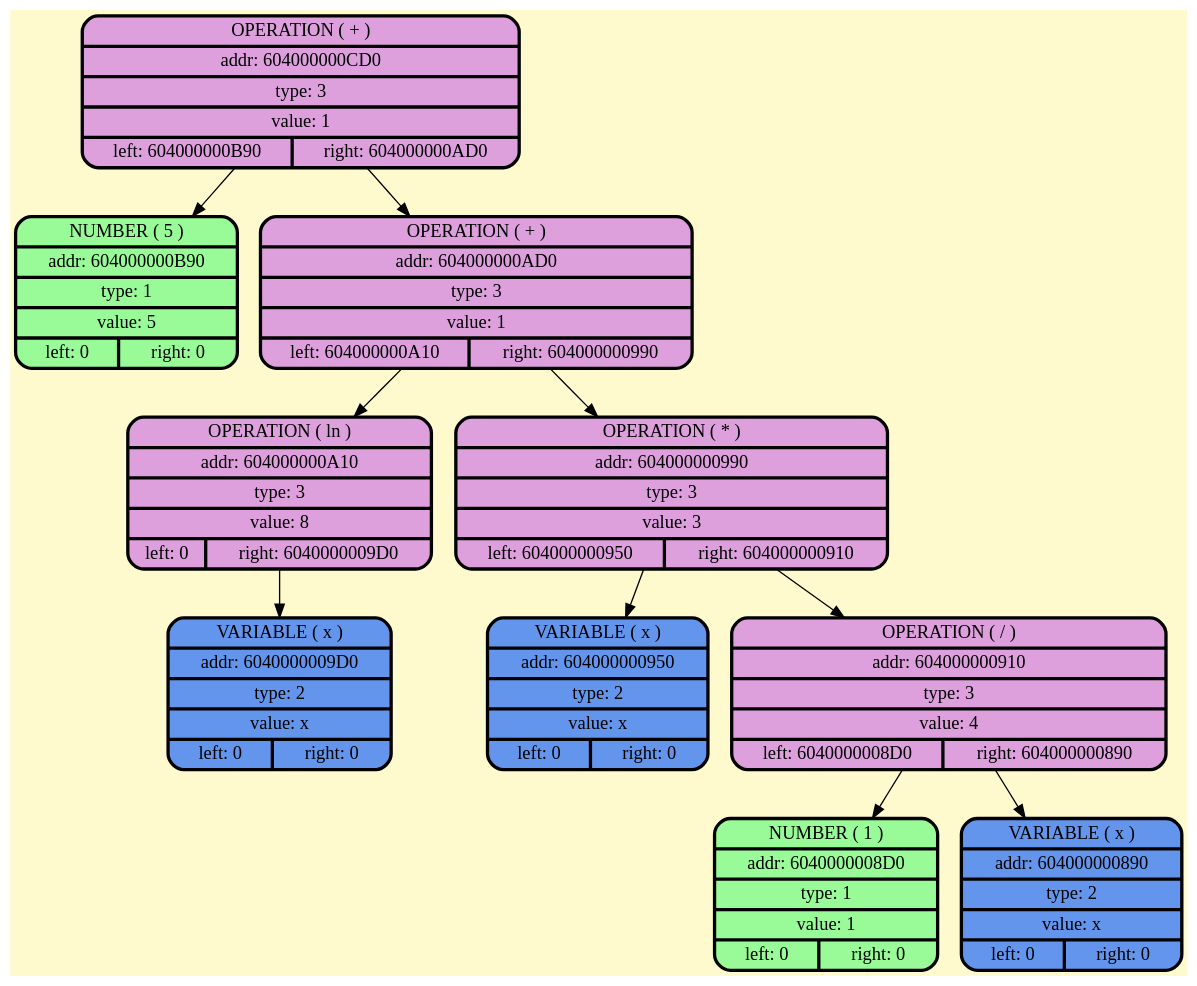
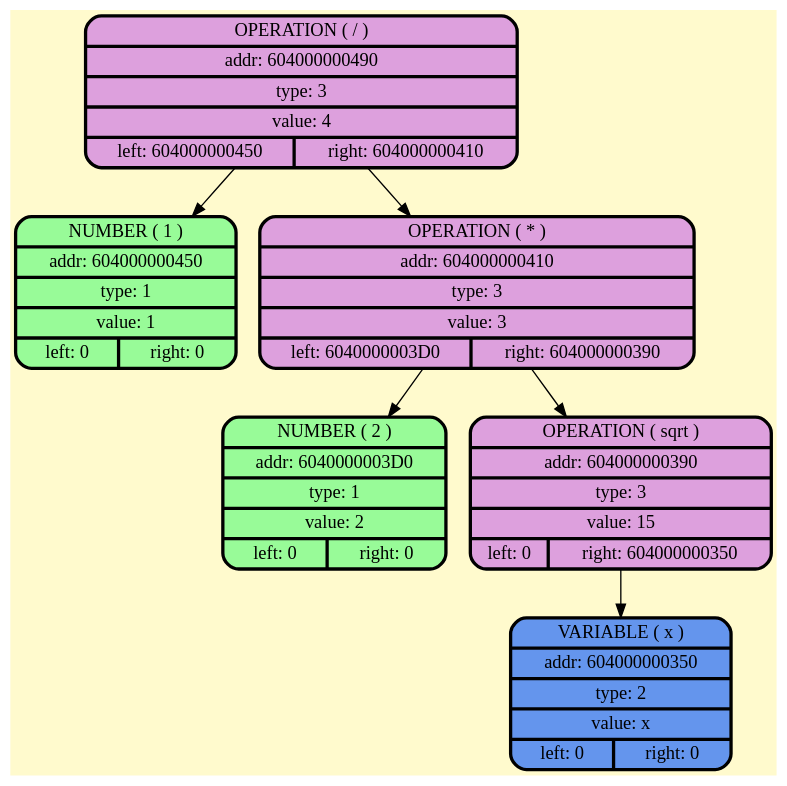
The diagram in dumpGraph/derivSimpl.gv (BulgakovDmitry/differentiator), drawn with Graphviz before and after one commit. The commit also changed 26 other files, not shown here.

```diff
--- a/dumpGraph/derivSimpl.gv
+++ b/dumpGraph/derivSimpl.gv
@@ -1,24 +1,16 @@
 digraph G {
     node [style=filled, fontcolor=darkblue, fillcolor=peachpuff, color="#252A34", penwidth=2.5];
     bgcolor="lemonchiffon";
 
-node_0x604000000cd0 [shape=Mrecord; style = filled; fillcolor=plum; color = "#000000"; fontcolor = "#000000";label=" {OPERATION ( + ) | addr: 604000000CD0 | type: 3 | value: 1 | {left: 604000000B90 | right: 604000000AD0}} "];
-    node_0x604000000b90 [shape=Mrecord; style = filled; fillcolor = palegreen; color = "#000000"; fontcolor = "#000000";  label="  {NUMBER ( 5 )| addr: 604000000B90 | type: 1| value: 5 | {left: 0 | right: 0}} "];
-node_0x604000000ad0 [shape=Mrecord; style = filled; fillcolor=plum; color = "#000000"; fontcolor = "#000000";label=" {OPERATION ( + ) | addr: 604000000AD0 | type: 3 | value: 1 | {left: 604000000A10 | right: 604000000990}} "];
-node_0x604000000a10 [shape=Mrecord; style = filled; fillcolor=plum; color = "#000000"; fontcolor = "#000000";label=" {OPERATION ( ln ) | addr: 604000000A10 | type: 3 | value: 8 | {left: 0 | right: 6040000009D0}} "];
-    node_0x6040000009d0 [shape=Mrecord; style = filled; fillcolor = cornflowerblue; color = "#000000"; fontcolor = "#000000";  label="  {VARIABLE ( x )| addr: 6040000009D0 | type: 2| value: x | {left: 0 | right: 0}} "];
-node_0x604000000990 [shape=Mrecord; style = filled; fillcolor=plum; color = "#000000"; fontcolor = "#000000";label=" {OPERATION ( * ) | addr: 604000000990 | type: 3 | value: 3 | {left: 604000000950 | right: 604000000910}} "];
-    node_0x604000000950 [shape=Mrecord; style = filled; fillcolor = cornflowerblue; color = "#000000"; fontcolor = "#000000";  label="  {VARIABLE ( x )| addr: 604000000950 | type: 2| value: x | {left: 0 | right: 0}} "];
-node_0x604000000910 [shape=Mrecord; style = filled; fillcolor=plum; color = "#000000"; fontcolor = "#000000";label=" {OPERATION ( / ) | addr: 604000000910 | type: 3 | value: 4 | {left: 6040000008D0 | right: 604000000890}} "];
-    node_0x6040000008d0 [shape=Mrecord; style = filled; fillcolor = palegreen; color = "#000000"; fontcolor = "#000000";  label="  {NUMBER ( 1 )| addr: 6040000008D0 | type: 1| value: 1 | {left: 0 | right: 0}} "];
-    node_0x604000000890 [shape=Mrecord; style = filled; fillcolor = cornflowerblue; color = "#000000"; fontcolor = "#000000";  label="  {VARIABLE ( x )| addr: 604000000890 | type: 2| value: x | {left: 0 | right: 0}} "];
-    node_0x604000000cd0 -> node_0x604000000b90;
-    node_0x604000000cd0 -> node_0x604000000ad0;
-    node_0x604000000ad0 -> node_0x604000000a10;
-    node_0x604000000a10 -> node_0x6040000009d0;
-    node_0x604000000ad0 -> node_0x604000000990;
-    node_0x604000000990 -> node_0x604000000950;
-    node_0x604000000990 -> node_0x604000000910;
-    node_0x604000000910 -> node_0x6040000008d0;
-    node_0x604000000910 -> node_0x604000000890;
+node_0x604000000490 [shape=Mrecord; style = filled; fillcolor=plum; color = "#000000"; fontcolor = "#000000";label=" {OPERATION ( / ) | addr: 604000000490 | type: 3 | value: 4 | {left: 604000000450 | right: 604000000410}} "];
+    node_0x604000000450 [shape=Mrecord; style = filled; fillcolor = palegreen; color = "#000000"; fontcolor = "#000000";  label="  {NUMBER ( 1 )| addr: 604000000450 | type: 1| value: 1 | {left: 0 | right: 0}} "];
+node_0x604000000410 [shape=Mrecord; style = filled; fillcolor=plum; color = "#000000"; fontcolor = "#000000";label=" {OPERATION ( * ) | addr: 604000000410 | type: 3 | value: 3 | {left: 6040000003D0 | right: 604000000390}} "];
+    node_0x6040000003d0 [shape=Mrecord; style = filled; fillcolor = palegreen; color = "#000000"; fontcolor = "#000000";  label="  {NUMBER ( 2 )| addr: 6040000003D0 | type: 1| value: 2 | {left: 0 | right: 0}} "];
+node_0x604000000390 [shape=Mrecord; style = filled; fillcolor=plum; color = "#000000"; fontcolor = "#000000";label=" {OPERATION ( sqrt ) | addr: 604000000390 | type: 3 | value: 15 | {left: 0 | right: 604000000350}} "];
+    node_0x604000000350 [shape=Mrecord; style = filled; fillcolor = cornflowerblue; color = "#000000"; fontcolor = "#000000";  label="  {VARIABLE ( x )| addr: 604000000350 | type: 2| value: x | {left: 0 | right: 0}} "];
+    node_0x604000000490 -> node_0x604000000450;
+    node_0x604000000490 -> node_0x604000000410;
+    node_0x604000000410 -> node_0x6040000003d0;
+    node_0x604000000410 -> node_0x604000000390;
+    node_0x604000000390 -> node_0x604000000350;
 }
```
